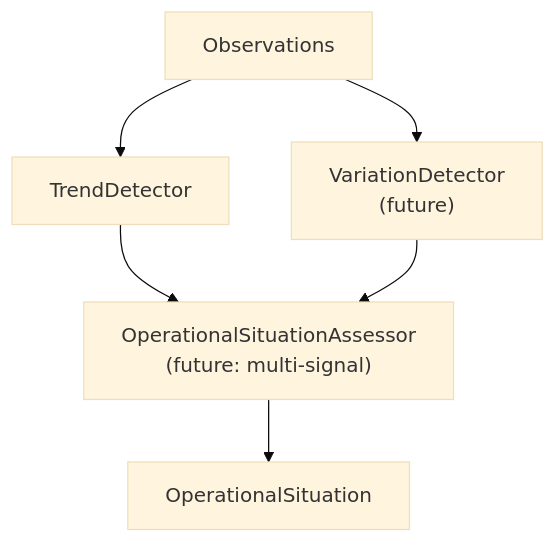
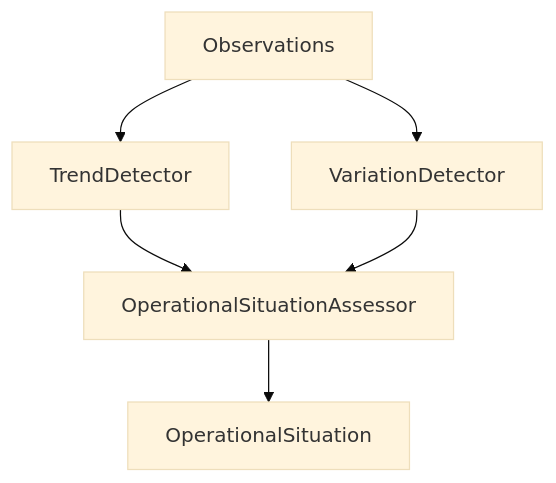
Before and after one commit to Saim-naushad/Odis: the third of 3 diagrams in docs/reasoning-pipeline.md, drawn with Mermaid (base theme). The commit also changed other lines of this file and 13 other files, not shown here.

````diff
--- a/docs/reasoning-pipeline.md
+++ b/docs/reasoning-pipeline.md
@@ -203,14 +232,14 @@
 ```mermaid
 flowchart TD
     obs["Observations"]
     trend["TrendDetector"]
-    variation["VariationDetector\n(future)"]
-    assessor["OperationalSituationAssessor\n(future: multi-signal)"]
+    variation["VariationDetector"]
+    assessor["OperationalSituationAssessor"]
     situation["OperationalSituation"]
 
     obs --> trend
     obs --> variation
     trend --> assessor
     variation --> assessor
     assessor --> situation
 ```
````
